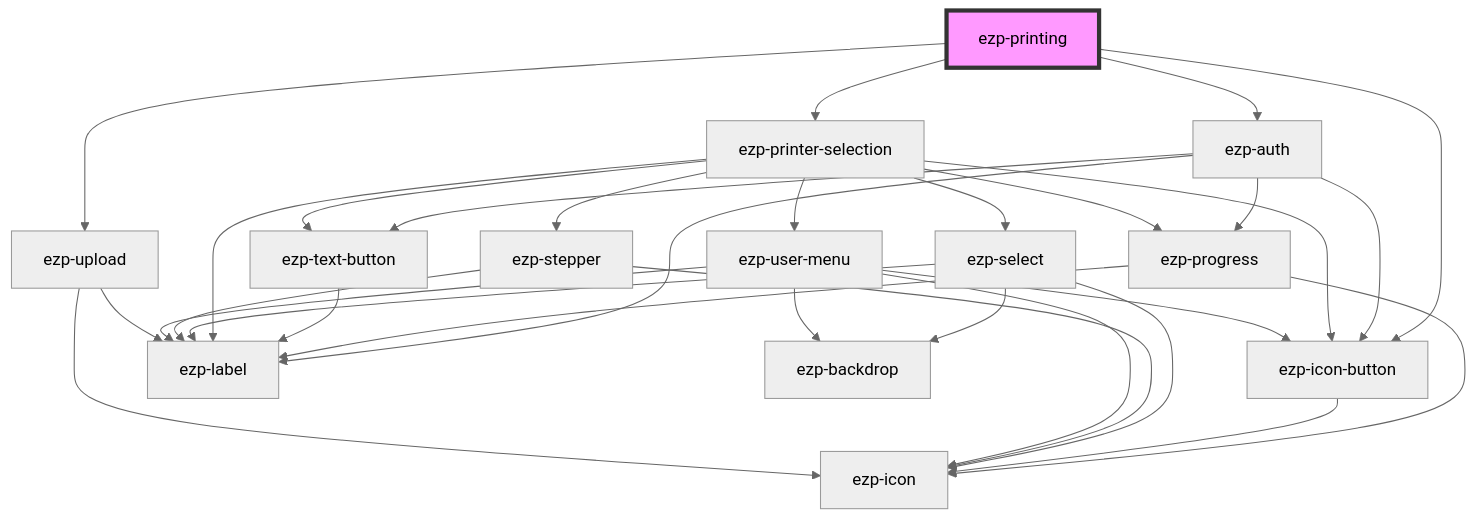
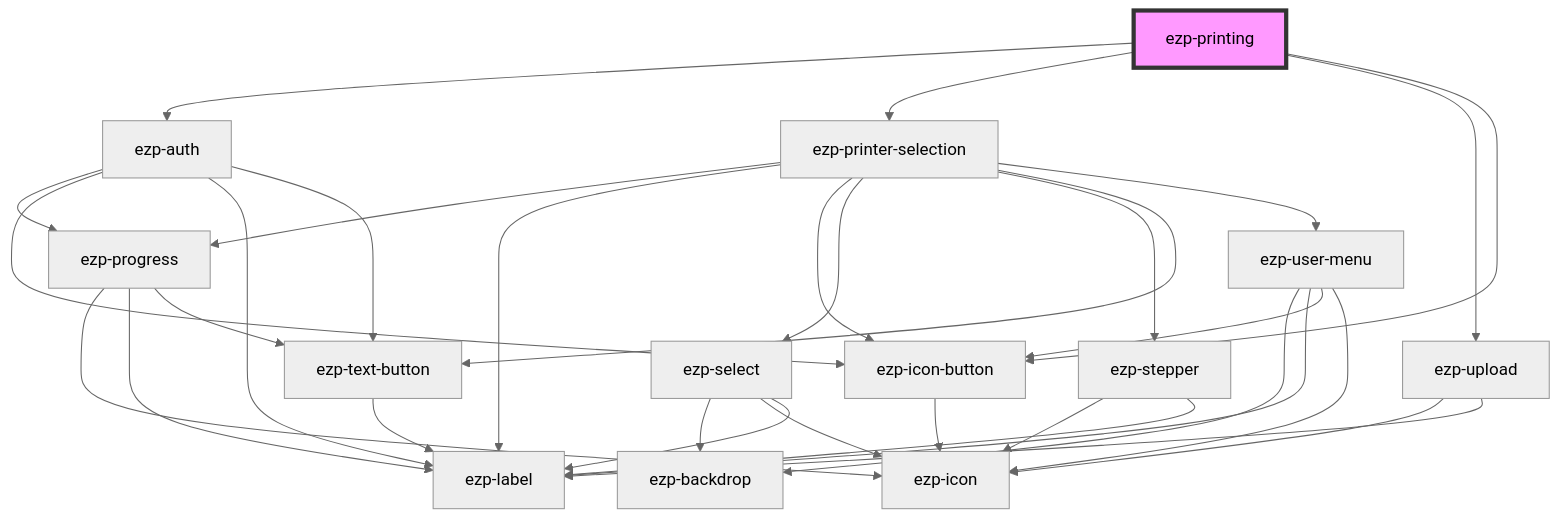
One commit to ezeep/ezeep-js changed the diagram in src/components/ezp-printing/readme.md. Above: the diagram before and after it, drawn with Mermaid (neutral theme). The commit also changed 5 other files, not shown here.

````diff
--- a/src/components/ezp-printing/readme.md
+++ b/src/components/ezp-printing/readme.md
@@ -44,34 +44,35 @@
 ```mermaid
 graph TD;
   ezp-printing --> ezp-auth
   ezp-printing --> ezp-printer-selection
   ezp-printing --> ezp-upload
   ezp-printing --> ezp-icon-button
   ezp-auth --> ezp-progress
   ezp-auth --> ezp-icon-button
   ezp-auth --> ezp-label
   ezp-auth --> ezp-text-button
   ezp-progress --> ezp-icon
   ezp-progress --> ezp-label
+  ezp-progress --> ezp-text-button
+  ezp-text-button --> ezp-label
   ezp-icon-button --> ezp-icon
-  ezp-text-button --> ezp-label
   ezp-printer-selection --> ezp-progress
-  ezp-printer-selection --> ezp-text-button
   ezp-printer-selection --> ezp-label
   ezp-printer-selection --> ezp-icon-button
   ezp-printer-selection --> ezp-select
   ezp-printer-selection --> ezp-stepper
+  ezp-printer-selection --> ezp-text-button
   ezp-printer-selection --> ezp-user-menu
   ezp-select --> ezp-backdrop
   ezp-select --> ezp-icon
   ezp-select --> ezp-label
   ezp-stepper --> ezp-icon
   ezp-stepper --> ezp-label
   ezp-user-menu --> ezp-backdrop
   ezp-user-menu --> ezp-label
   ezp-user-menu --> ezp-icon-button
   ezp-user-menu --> ezp-icon
   ezp-upload --> ezp-icon
   ezp-upload --> ezp-label
   style ezp-printing fill:#f9f,stroke:#333,stroke-width:4px
 ```
````
